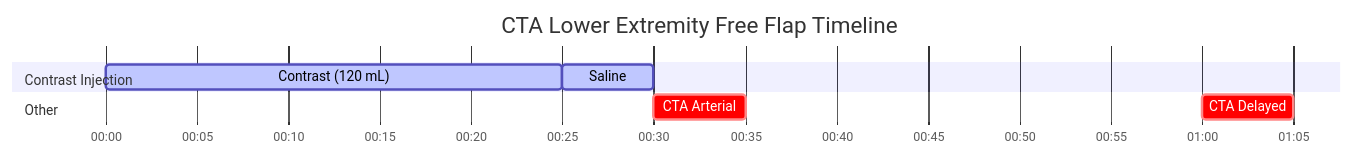
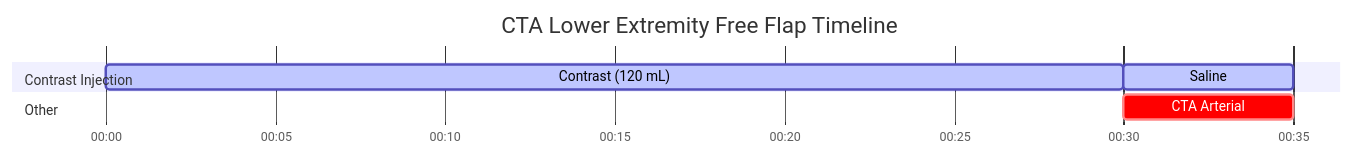
Before and after one commit to dfergs93/radiology-protocols: the diagram in docs/ct/vascular/cta-lower-extremity-free-flap.md, drawn with Mermaid. The commit also changed other lines of this file and 85 other files, not shown here.

Commit message:
Regenerate protocol markdown files with acquisition-diagram placeholder

````diff
--- a/docs/ct/vascular/cta-lower-extremity-free-flap.md
+++ b/docs/ct/vascular/cta-lower-extremity-free-flap.md
@@ -84,19 +82,18 @@
   ```mermaid
   ---
   displayMode: compact
   config:
     theme: default
     themeCSS: " #Saline{ fill: #4ed5ff; stroke: #2094f3; } "
   ---
     gantt
       title CTA Lower Extremity Free Flap Timeline
       dateFormat mm:ss
       axisFormat %M:%S 
       
       section Contrast Injection
-      Contrast (120 mL)    :active, contrast, 00:00, 25s
+      Contrast (120 mL)    :active, contrast, 00:00, 30s
       Saline          :active, saline, after contrast, 5s
       section Other
-      CTA Arterial    :crit, scan1, after saline, 5s
-      CTA Delayed    :crit, scan2, 01:00, 5s
+      CTA Arterial    :crit, scan1, after contrast, 5s
   ```
````
